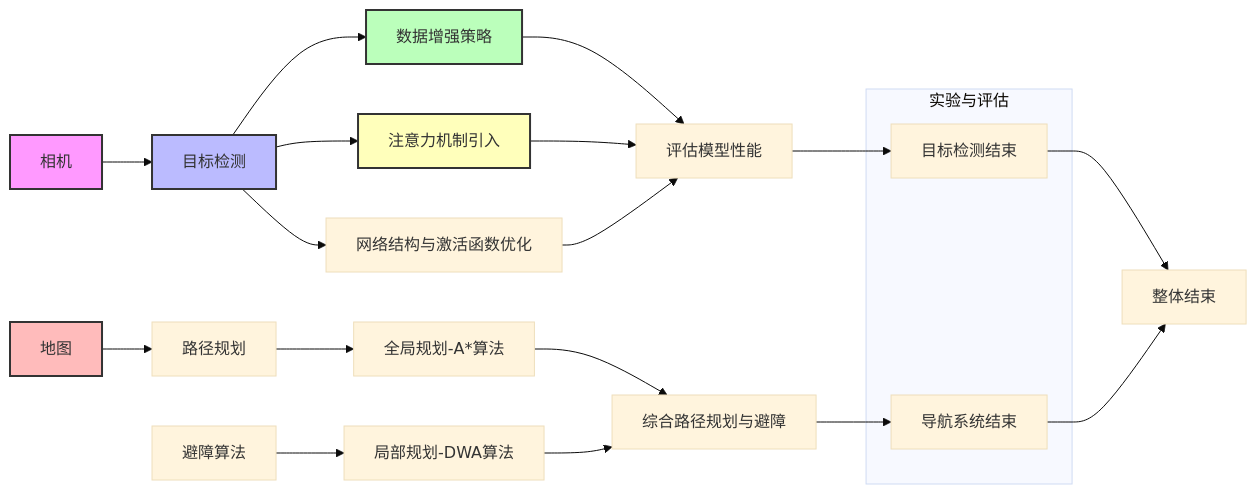
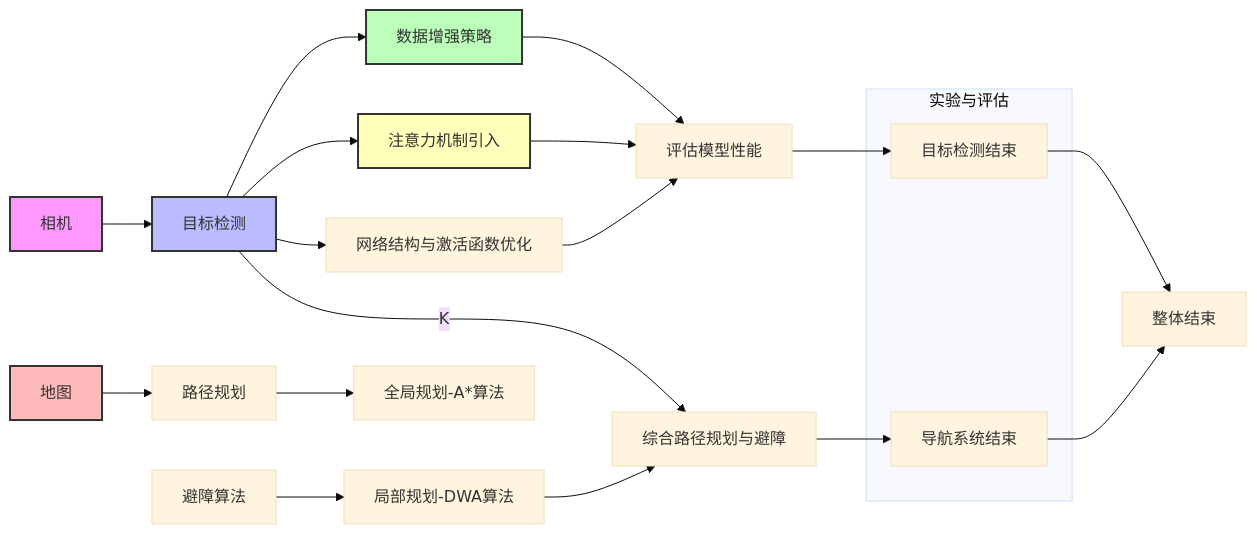
One commit to 1831380633/iodraw-files changed the diagram in all/未命名-1.md. Above: the diagram before and after it, drawn with Mermaid (base theme).

Commit message:
2024-12-18 14:59:17 update

````diff
--- a/all/未命名-1.md
+++ b/all/未命名-1.md
@@ -1,37 +1,37 @@
 ```mermaid
 graph LR
     style A fill:#f9f,stroke:#333,stroke-width:2px
     style B fill:#bbf,stroke:#333,stroke-width:2px
     style C fill:#fbb,stroke:#333,stroke-width:2px
     style D fill:#bfb,stroke:#333,stroke-width:2px
     style E fill:#ffb,stroke:#333,stroke-width:2px
 
     A[相机] --> B[目标检测]
     C[地图]
     
     B --> D[数据增强策略]
     B --> E[注意力机制引入]
     B --> F[网络结构与激活函数优化]
     D --> G[评估模型性能]
     E --> G
     F --> G
     G --> H[目标检测结束]
     
     C --> I[路径规划]
 
     I --> K[全局规划-A*算法]
     J[避障算法] --> L[局部规划-DWA算法]
-    
+    B --
     K --> M[综合路径规划与避障]
     L --> M
     M --> N[导航系统结束]
     
     H --> O[整体结束]
     N --> O
 
     subgraph 实验与评估
         H
         N
     end
 
 ```
````
